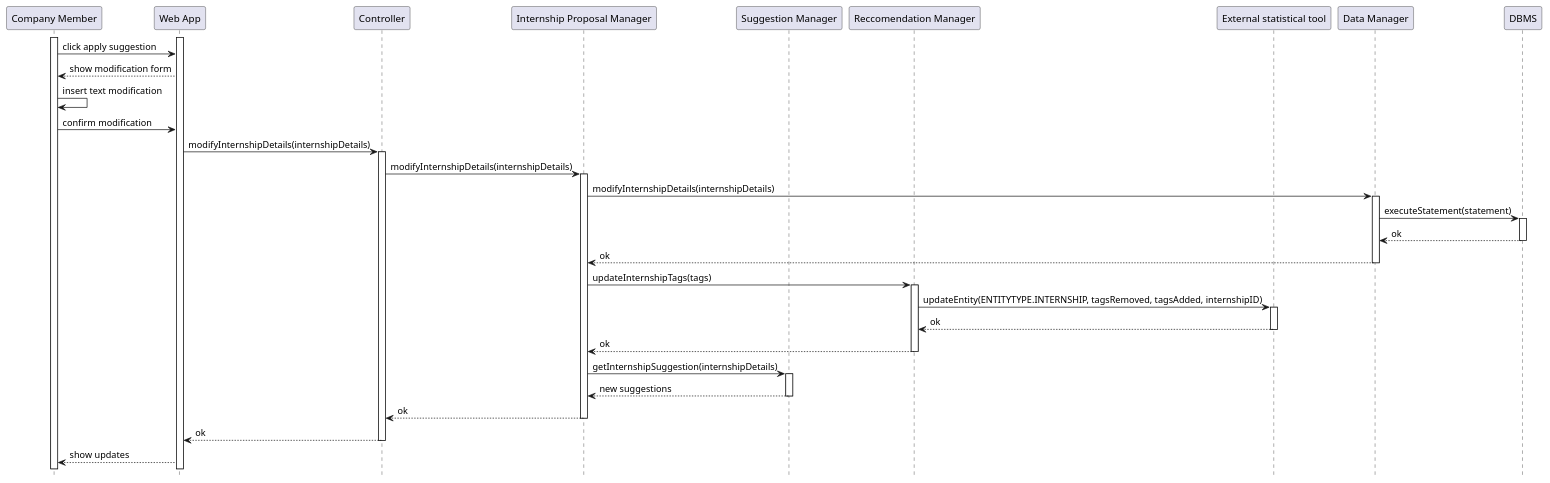
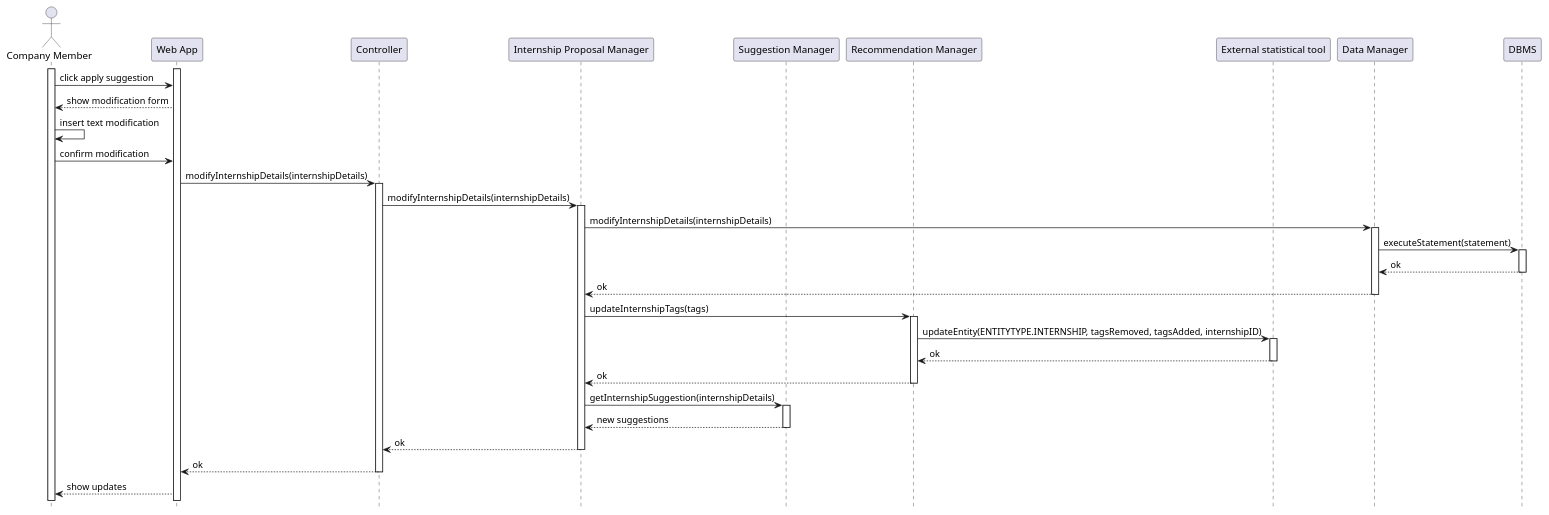
Before and after one commit to matti8702/R_and_DD_project_SE2: the diagram in DD/Architectural_design/uml_diagrams/RV15_diagram.puml, drawn with PlantUML. The commit also changed 9 other files, not shown here.

```diff
--- a/DD/Architectural_design/uml_diagrams/RV15_diagram.puml
+++ b/DD/Architectural_design/uml_diagrams/RV15_diagram.puml
@@ -1,55 +1,55 @@
 @startuml RV15_diagram
 hide footbox
 
-participant "Company Member" as COM 
+actor "Company Member" as COM 
 participant "Web App" as W
 participant "Controller" AS C
 participant "Internship Proposal Manager" AS I
 participant "Suggestion Manager" as SM
-participant "Reccomendation Manager" as RM
+participant "Recommendation Manager" as RM
 participant "External statistical tool" AS EXT
 participant "Data Manager" AS DM
 participant "DBMS" AS RD
 
 
 
 activate COM
 activate W
 COM -> W: click apply suggestion
 W --> COM: show modification form
 COM -> COM: insert text modification
 COM -> W: confirm modification
 W -> C: modifyInternshipDetails(internshipDetails)
 activate C
 C -> I: modifyInternshipDetails(internshipDetails)
 activate I
 
 I -> DM: modifyInternshipDetails(internshipDetails)
 activate DM
 DM -> RD: executeStatement(statement)
 activate RD
 RD --> DM: ok
 deactivate RD
 DM --> I: ok
 deactivate DM 
 I -> RM: updateInternshipTags(tags)
 activate RM
 RM -> EXT: updateEntity(ENTITYTYPE.INTERNSHIP, tagsRemoved, tagsAdded, internshipID)
 activate EXT
 EXT --> RM: ok
 deactivate EXT
 RM --> I: ok
 deactivate RM
 
 I -> SM: getInternshipSuggestion(internshipDetails)
 activate SM
 SM --> I: new suggestions
 deactivate SM
 I --> C: ok
 deactivate I
 C --> W: ok
 deactivate C
 W --> COM: show updates
 
 
 @enduml
```
